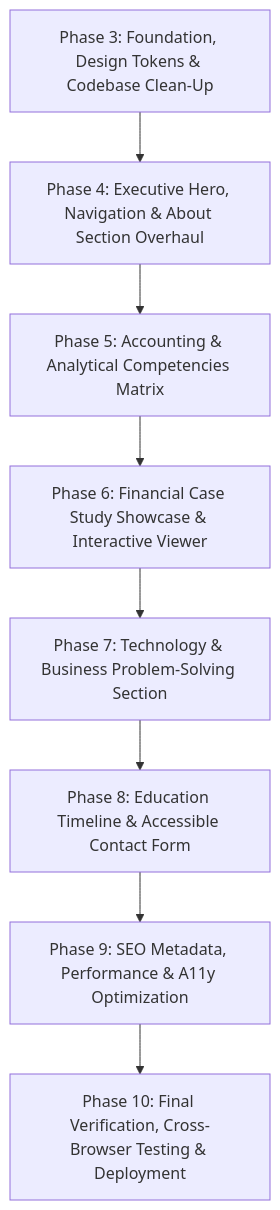
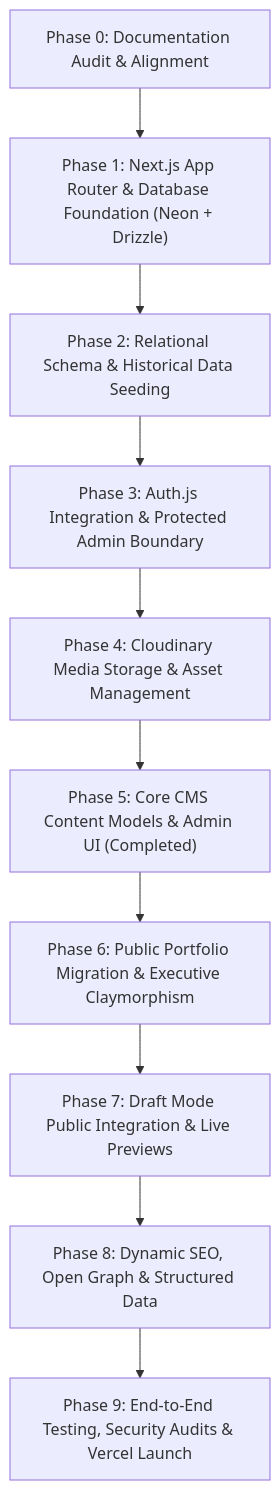
The diagram in IMPLEMENTATION_ROADMAP.md (ibna-siam/Portfolio), drawn with Mermaid before and after one commit. The commit also changed other lines of this file and 97 other files, not shown here.

Commit message:
feat(migration): complete Next.js 15 CMS migration, automated quality gates, and preview readiness

````diff
--- a/IMPLEMENTATION_ROADMAP.md
+++ b/IMPLEMENTATION_ROADMAP.md
@@ -25,13 +24,15 @@
 ```mermaid
 graph TD
-    P3["Phase 3: Foundation, Design Tokens & Codebase Clean-Up"]
-    P4["Phase 4: Executive Hero, Navigation & About Section Overhaul"]
-    P5["Phase 5: Accounting & Analytical Competencies Matrix"]
-    P6["Phase 6: Financial Case Study Showcase & Interactive Viewer"]
-    P7["Phase 7: Technology & Business Problem-Solving Section"]
-    P8["Phase 8: Education Timeline & Accessible Contact Form"]
-    P9["Phase 9: SEO Metadata, Performance & A11y Optimization"]
-    P10["Phase 10: Final Verification, Cross-Browser Testing & Deployment"]
+    P0["Phase 0: Documentation Audit & Alignment"]
+    P1["Phase 1: Next.js App Router & Database Foundation (Neon + Drizzle)"]
+    P2["Phase 2: Relational Schema & Historical Data Seeding"]
+    P3["Phase 3: Auth.js Integration & Protected Admin Boundary"]
+    P4["Phase 4: Cloudinary Media Storage & Asset Management"]
+    P5["Phase 5: Core CMS Content Models & Admin UI (Completed)"]
+    P6["Phase 6: Public Portfolio Migration & Executive Claymorphism"]
+    P7["Phase 7: Draft Mode Public Integration & Live Previews"]
+    P8["Phase 8: Dynamic SEO, Open Graph & Structured Data"]
+    P9["Phase 9: End-to-End Testing, Security Audits & Vercel Launch"]
 
-    P3 --> P4 --> P5 --> P6 --> P7 --> P8 --> P9 --> P10
+    P0 --> P1 --> P2 --> P3 --> P4 --> P5 --> P6 --> P7 --> P8 --> P9
 ```
````
